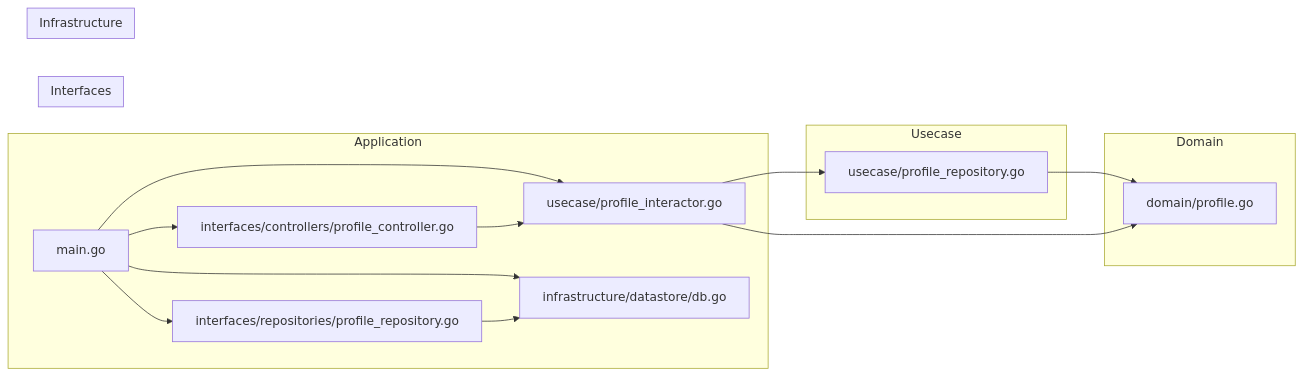
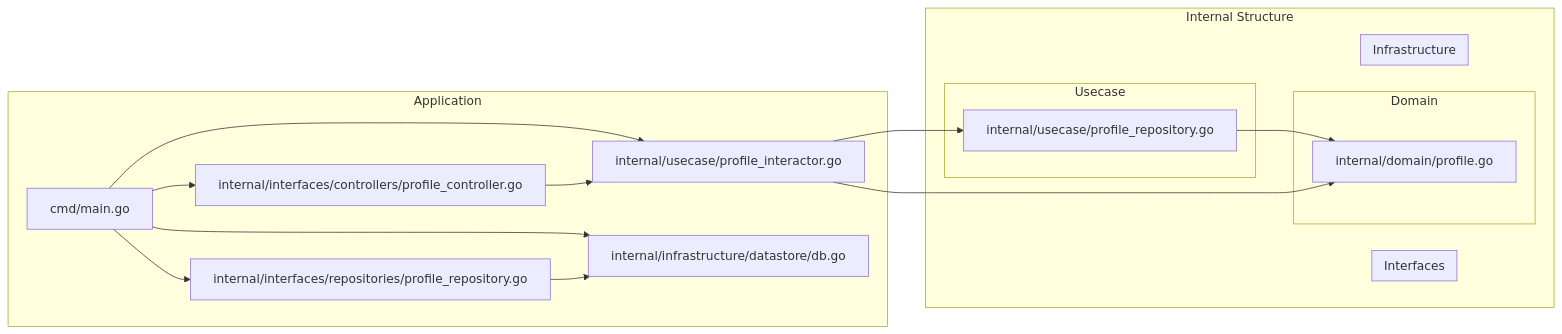
One commit to StepByCode/BridgeMe-Back changed the diagram in README.md. Above: the diagram before and after it, drawn with Mermaid.

Commit message:
マーメイド更新してもらった。確認コミット

````diff
--- a/README.md
+++ b/README.md
@@ -76,34 +76,36 @@
 ```mermaid
 graph LR
     subgraph Application
-        main.go --> controllers
-        main.go --> interactors
-        main.go --> repositories_impl
-        main.go --> db
+        cmd_main[cmd/main.go] --> internal_controllers[internal/interfaces/controllers]
+        cmd_main --> internal_interactors[internal/usecase]
+        cmd_main --> internal_repositories_impl[internal/interfaces/repositories]
+        cmd_main --> internal_db[internal/infrastructure/datastore]
     end
 
-    subgraph Interfaces
-        controllers --> interactors
-        repositories_impl --> db
+    subgraph Internal Structure
+        subgraph Interfaces
+            internal_controllers --> internal_interactors
+            internal_repositories_impl --> internal_db
+        end
+
+        subgraph Usecase
+            internal_interactors --> internal_repositories_interface[internal/usecase]
+        end
+
+        subgraph Domain
+            internal_repositories_interface --> internal_domain_profile[internal/domain]
+            internal_interactors --> internal_domain_profile
+        end
+
+        subgraph Infrastructure
+            internal_db
+        end
     end
 
-    subgraph Usecase
-        interactors --> repositories_interface
-    end
-
-    subgraph Domain
-        repositories_interface --> domain_profile
-        interactors --> domain_profile
-    end
-
-    subgraph Infrastructure
-        db
-    end
-
-    domain_profile[domain/profile.go]
-    repositories_interface[usecase/profile_repository.go]
-    interactors[usecase/profile_interactor.go]
-    controllers[interfaces/controllers/profile_controller.go]
-    repositories_impl[interfaces/repositories/profile_repository.go]
-    db[infrastructure/datastore/db.go]
+    internal_domain_profile[internal/domain/profile.go]
+    internal_repositories_interface[internal/usecase/profile_repository.go]
+    internal_interactors[internal/usecase/profile_interactor.go]
+    internal_controllers[internal/interfaces/controllers/profile_controller.go]
+    internal_repositories_impl[internal/interfaces/repositories/profile_repository.go]
+    internal_db[internal/infrastructure/datastore/db.go]
 ```
````
